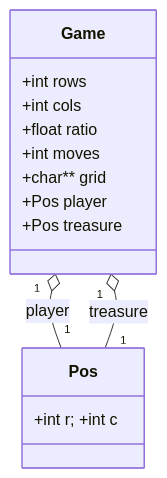
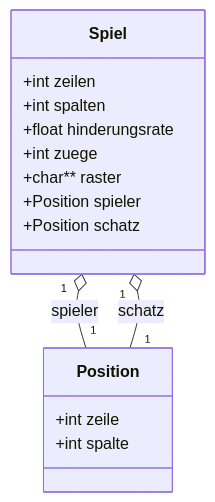
The second of 7 diagrams in Labyrinth/docs/diagramme.md (SalihSan54/PROT-B), drawn with Mermaid before and after one commit. The commit also changed other lines of this file, not shown here.

Commit message:
Diagramme aktualisiert und Siegesmeldung ergänzt

````diff
--- a/Labyrinth/docs/diagramme.md
+++ b/Labyrinth/docs/diagramme.md
@@ -23,15 +29,21 @@
 ```mermaid
 classDiagram
-  class Pos { +int r; +int c }
-  class Game {
-    +int rows
-    +int cols
-    +float ratio
-    +int moves
-    +char** grid
-    +Pos player
-    +Pos treasure
-  }
-  Game "1" o-- "1" Pos : player
-  Game "1" o-- "1" Pos : treasure
+    class Position { 
+        +int zeile 
+        +int spalte 
+    }
+
+    class Spiel {
+        +int zeilen
+        +int spalten
+        +float hinderungsrate
+        +int zuege
+        +char** raster
+        +Position spieler
+        +Position schatz
+    }
+
+    Spiel "1" o-- "1" Position : spieler
+    Spiel "1" o-- "1" Position : schatz
+
 ```
````
